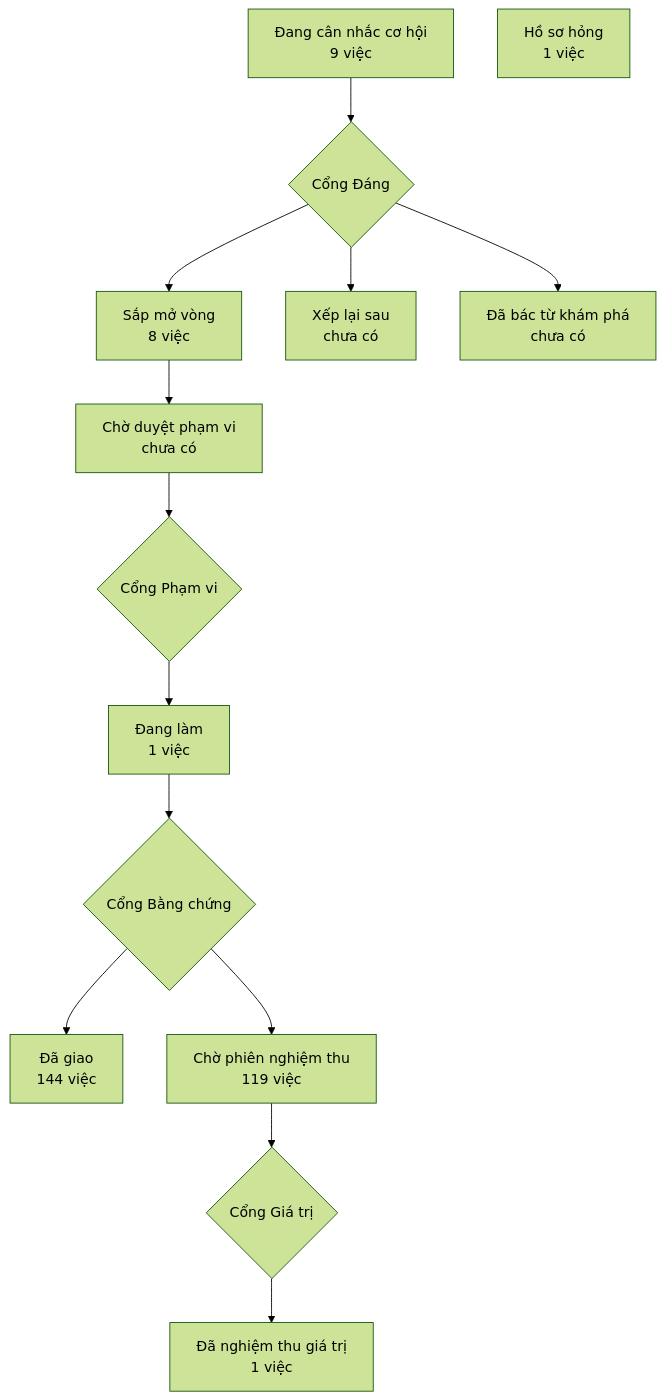
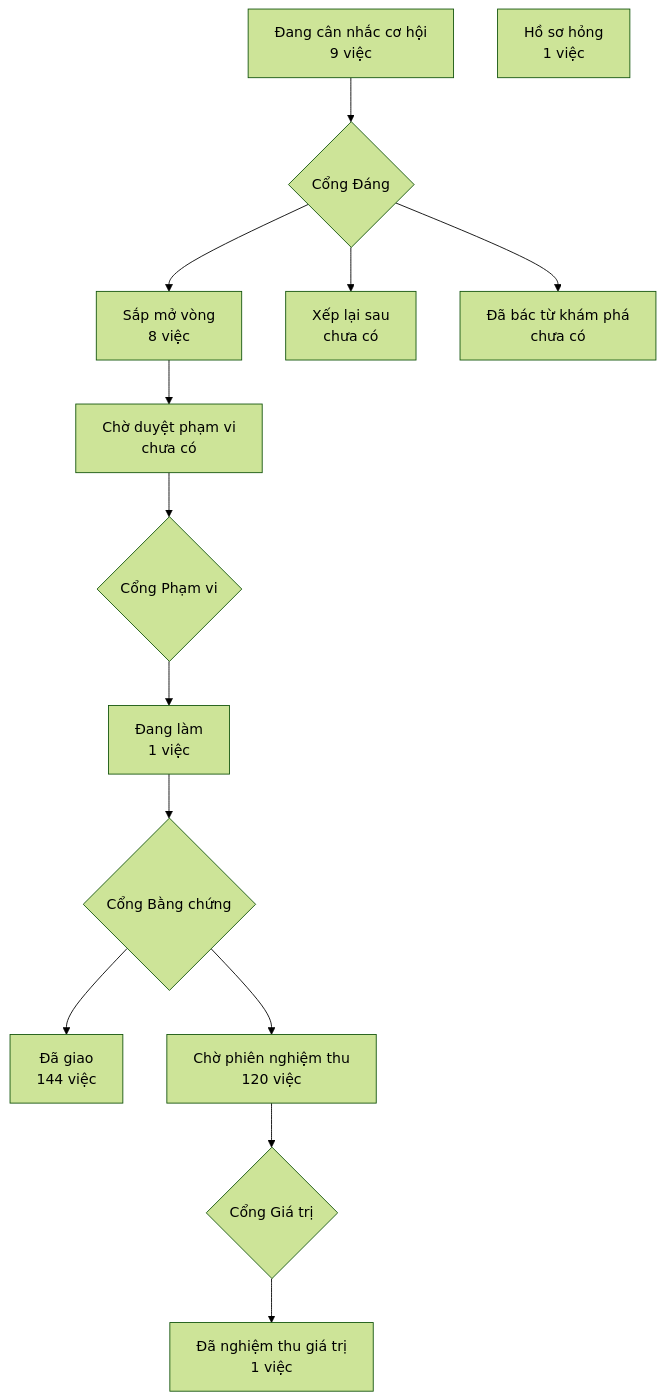
Before and after one commit to phanlemanh/crm-onehub: the diagram in PRODUCT-MAP.md, drawn with Mermaid (forest theme). The commit also changed other lines of this file and 1 other file, not shown here.

Commit message:
vẽ lại PRODUCT-MAP và LO-TRINH sau gộp onehub d086bf8cf

````diff
--- a/PRODUCT-MAP.md
+++ b/PRODUCT-MAP.md
@@ -7,13 +7,13 @@
 ```mermaid
 flowchart TD
   A["Đang cân nhắc cơ hội<br/>9 việc"] --> GD{"Cổng Đáng"}
   GD --> B["Sắp mở vòng<br/>8 việc"]
   GD --> XL["Xếp lại sau<br/>chưa có"]
   GD --> DB["Đã bác từ khám phá<br/>chưa có"]
   B --> CD["Chờ duyệt phạm vi<br/>chưa có"] --> GP{"Cổng Phạm vi"}
   GP --> DL["Đang làm<br/>1 việc"] --> GB{"Cổng Bằng chứng"}
   GB --> DG["Đã giao<br/>144 việc"]
-  GB --> CN["Chờ phiên nghiệm thu<br/>119 việc"] --> GG{"Cổng Giá trị"}
+  GB --> CN["Chờ phiên nghiệm thu<br/>120 việc"] --> GG{"Cổng Giá trị"}
   GG --> NT["Đã nghiệm thu giá trị<br/>1 việc"]
   HS["Hồ sơ hỏng<br/>1 việc"]
 ```
````
